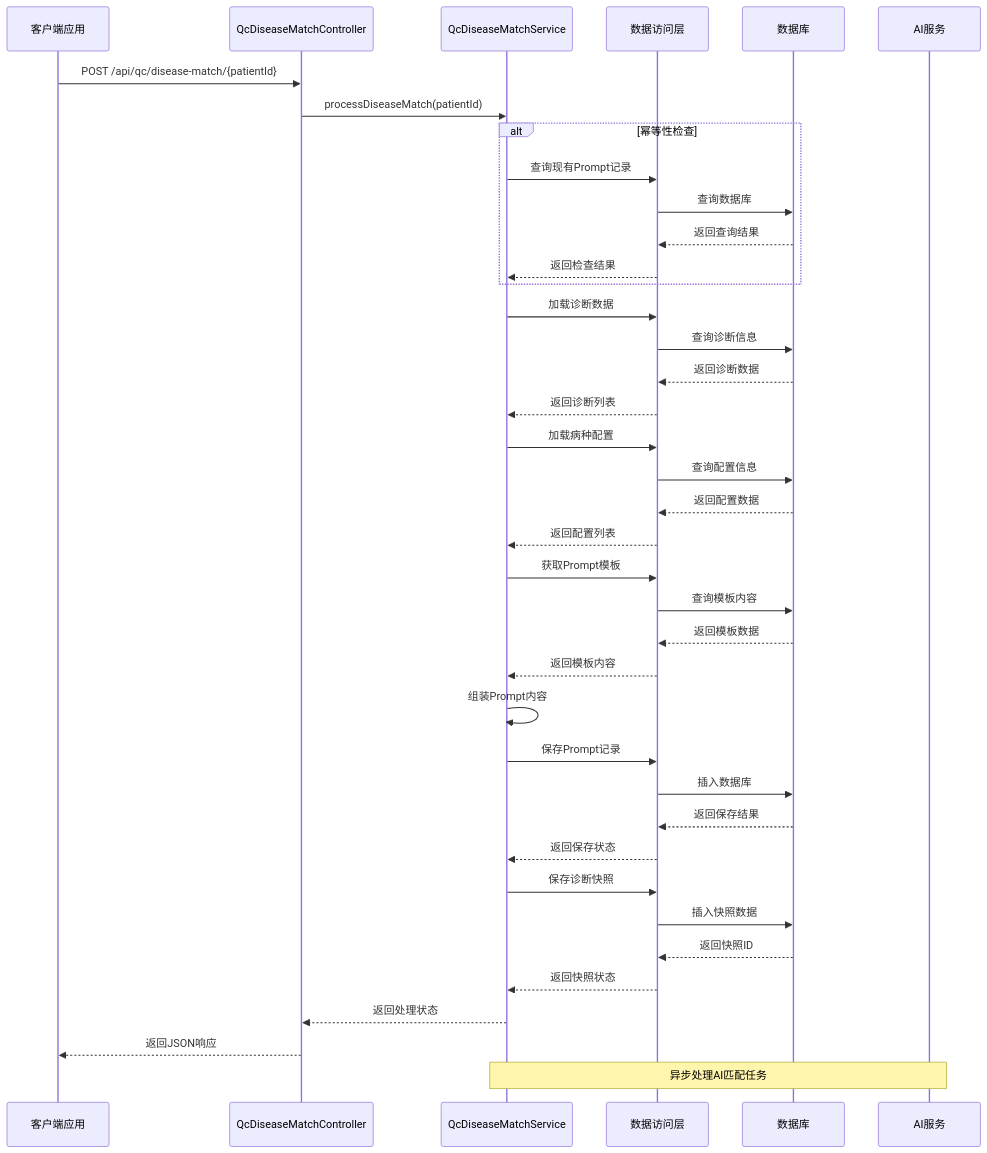
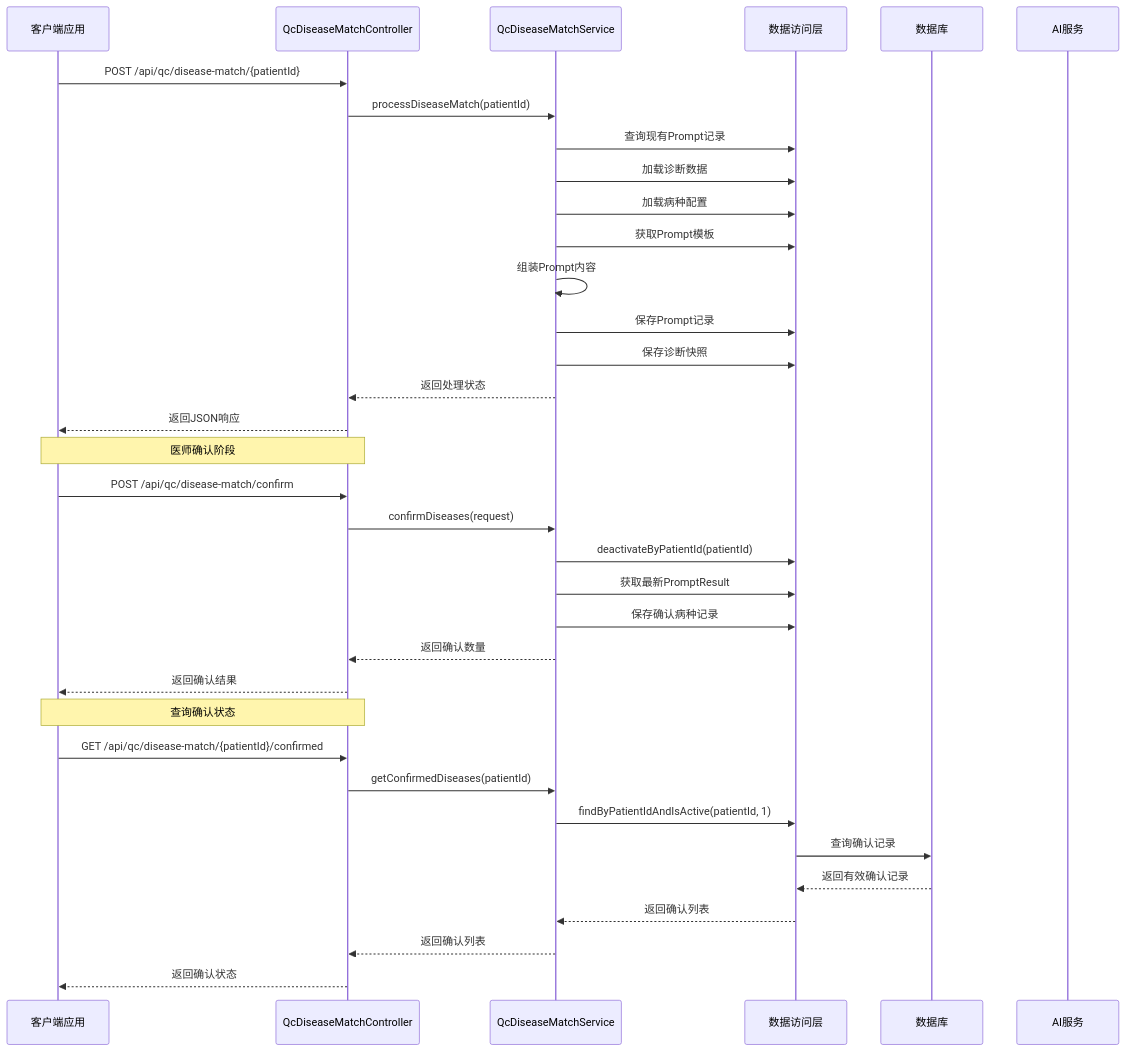
Before and after one commit to liuzh2008/med_ai_assistant_workspace: the second of 11 diagrams in .qoder/repowiki/zh/content/核心功能模块/质量控制系统.md, drawn with Mermaid. The commit also changed other lines of this file and 5 other files, not shown here.

Commit message:
v0.8.048: 实现质控评估重新分析功能（QcAssessmentService + POST /api/qc/assessment/{patientId}/reanalyze）

````diff
--- a/.qoder/repowiki/zh/content/核心功能模块/质量控制系统.md
+++ b/.qoder/repowiki/zh/content/核心功能模块/质量控制系统.md
@@ -104,41 +137,37 @@
 ```mermaid
 sequenceDiagram
 participant Client as 客户端应用
 participant Controller as QcDiseaseMatchController
 participant Service as QcDiseaseMatchService
 participant Repo as 数据访问层
 participant DB as 数据库
 participant AIServer as AI服务
 Client->>Controller : POST /api/qc/disease-match/{patientId}
 Controller->>Service : processDiseaseMatch(patientId)
-alt 幂等性检查
 Service->>Repo : 查询现有Prompt记录
-Repo->>DB : 查询数据库
-DB-->>Repo : 返回查询结果
-Repo-->>Service : 返回检查结果
-end
 Service->>Repo : 加载诊断数据
-Repo->>DB : 查询诊断信息
-DB-->>Repo : 返回诊断数据
-Repo-->>Service : 返回诊断列表
 Service->>Repo : 加载病种配置
-Repo->>DB : 查询配置信息
-DB-->>Repo : 返回配置数据
-Repo-->>Service : 返回配置列表
 Service->>Repo : 获取Prompt模板
-Repo->>DB : 查询模板内容
-DB-->>Repo : 返回模板数据
-Repo-->>Service : 返回模板内容
 Service->>Service : 组装Prompt内容
 Service->>Repo : 保存Prompt记录
-Repo->>DB : 插入数据库
-DB-->>Repo : 返回保存结果
-Repo-->>Service : 返回保存状态
 Service->>Repo : 保存诊断快照
-Repo->>DB : 插入快照数据
-DB-->>Repo : 返回快照ID
-Repo-->>Service : 返回快照状态
 Service-->>Controller : 返回处理状态
 Controller-->>Client : 返回JSON响应
-Note over Service,AIServer : 异步处理AI匹配任务
+Note over Client,Controller : 医师确认阶段
+Client->>Controller : POST /api/qc/disease-match/confirm
+Controller->>Service : confirmDiseases(request)
+Service->>Repo : deactivateByPatientId(patientId)
+Service->>Repo : 获取最新PromptResult
+Service->>Repo : 保存确认病种记录
+Service-->>Controller : 返回确认数量
+Controller-->>Client : 返回确认结果
+Note over Client,Controller : 查询确认状态
+Client->>Controller : GET /api/qc/disease-match/{patientId}/confirmed
+Controller->>Service : getConfirmedDiseases(patientId)
+Service->>Repo : findByPatientIdAndIsActive(patientId, 1)
+Repo->>DB : 查询确认记录
+DB-->>Repo : 返回有效确认记录
+Repo-->>Service : 返回确认列表
+Service-->>Controller : 返回确认列表
+Controller-->>Client : 返回确认状态
 ```
````
